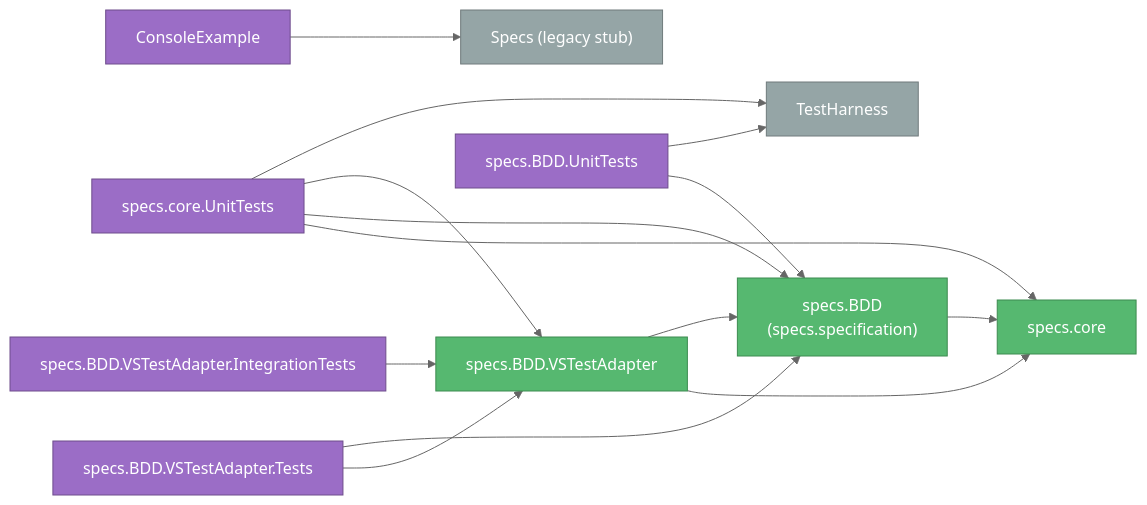
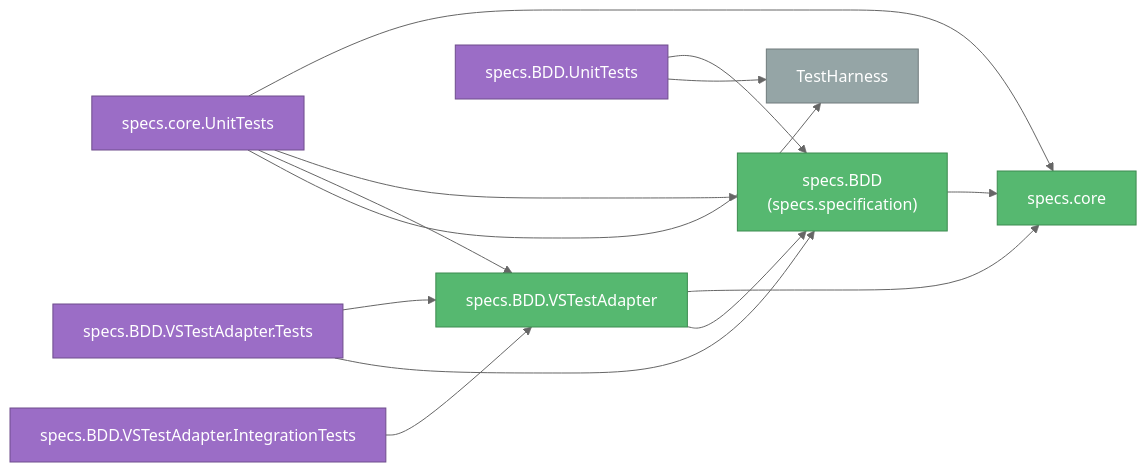
The second of 2 diagrams in memory-bank/techContext.md (yozepi/Specs), drawn with Mermaid before and after one commit. The commit also changed other lines of this file and 29 other files, not shown here.

First line of the commit message:
Remove legacy Spec API and ConsoleExample

````diff
--- a/memory-bank/techContext.md
+++ b/memory-bank/techContext.md
@@ -72,32 +70,29 @@
 ```mermaid
 %%{init: {'theme': 'neutral'}}%%
 flowchart LR
     CORE["specs.core"]:::app
     BDD["specs.BDD<br/>(specs.specification)"]:::app
     ADP["specs.BDD.VSTestAdapter"]:::app
-    SPECS["Specs (legacy stub)"]:::deprecated
     TH["TestHarness"]:::deprecated
     CUT["specs.core.UnitTests"]:::data
     BUT["specs.BDD.UnitTests"]:::data
     AUT["specs.BDD.VSTestAdapter.Tests"]:::data
     AIT["specs.BDD.VSTestAdapter.IntegrationTests"]:::data
-    EX["ConsoleExample"]:::data
 
     BDD --> CORE
     ADP --> CORE
     ADP --> BDD
     CUT --> CORE
     CUT --> BDD
     CUT --> ADP
     CUT --> TH
     BUT --> BDD
     BUT --> TH
     AUT --> ADP
     AUT --> BDD
     AIT --> ADP
-    EX --> SPECS
 
     classDef app fill:#56B870,stroke:#3D8B50,color:#fff
     classDef data fill:#9B6DC6,stroke:#6E4D8C,color:#fff
     classDef deprecated fill:#95A5A6,stroke:#707B7C,color:#fff
 ```
````
